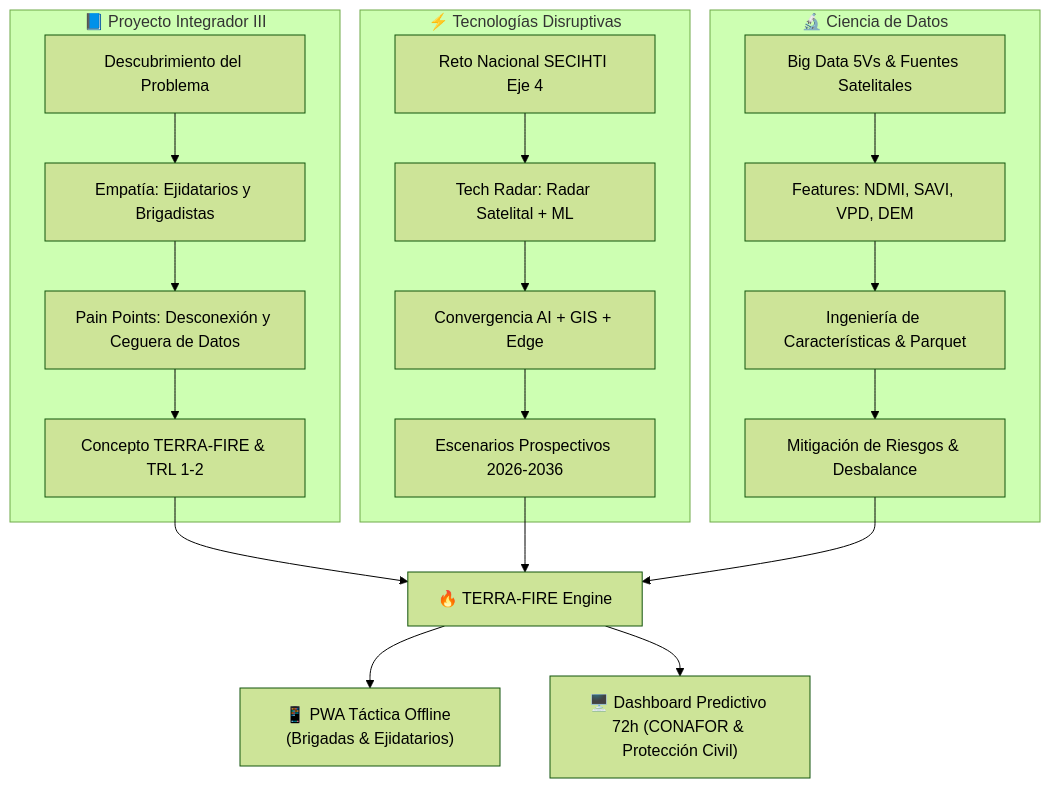
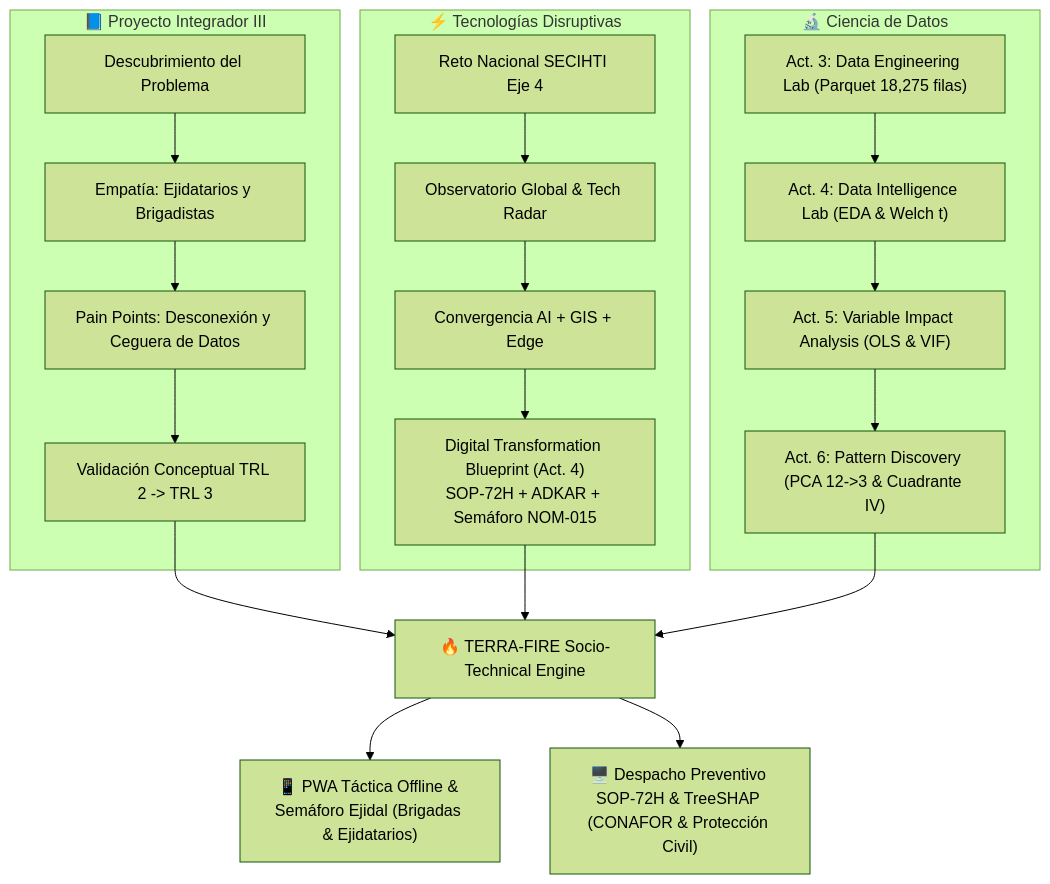
One commit to AngelGTZ28/TerraFire_vault changed the first of 2 diagrams in 00 - Dashboard & Overview/00 - TERRA-FIRE Central Dashboard.md. Above: the diagram before and after it, drawn with Mermaid (forest theme). The commit also changed other lines of this file and 8 other files, not shown here.

````diff
--- a/00 - Dashboard & Overview/00 - TERRA-FIRE Central Dashboard.md
+++ b/00 - Dashboard & Overview/00 - TERRA-FIRE Central Dashboard.md
@@ -43,27 +47,27 @@
 ```mermaid
 flowchart TD
     subgraph PI3["📘 Proyecto Integrador III"]
         P1["Descubrimiento del Problema"] --> P2["Empatía: Ejidatarios y Brigadistas"]
         P2 --> P3["Pain Points: Desconexión y Ceguera de Datos"]
-        P3 --> P4["Concepto TERRA-FIRE & TRL 1-2"]
+        P3 --> P4["Validación Conceptual TRL 2 -> TRL 3"]
     end
 
     subgraph TD["⚡ Tecnologías Disruptivas"]
-        T1["Reto Nacional SECIHTI Eje 4"] --> T2["Tech Radar: Radar Satelital + ML"]
+        T1["Reto Nacional SECIHTI Eje 4"] --> T2["Observatorio Global & Tech Radar"]
         T2 --> T3["Convergencia AI + GIS + Edge"]
-        T3 --> T4["Escenarios Prospectivos 2026-2036"]
+        T3 --> T4["Digital Transformation Blueprint (Act. 4)\nSOP-72H + ADKAR + Semáforo NOM-015"]
     end
 
     subgraph CD["🔬 Ciencia de Datos"]
-        D1["Big Data 5Vs & Fuentes Satelitales"] --> D2["Features: NDMI, SAVI, VPD, DEM"]
-        D2 --> D3["Ingeniería de Características & Parquet"]
-        D3 --> D4["Mitigación de Riesgos & Desbalance"]
+        D1["Act. 3: Data Engineering Lab (Parquet 18,275 filas)"] --> D2["Act. 4: Data Intelligence Lab (EDA & Welch t)"]
+        D2 --> D3["Act. 5: Variable Impact Analysis (OLS & VIF)"]
+        D3 --> D4["Act. 6: Pattern Discovery (PCA 12->3 & Cuadrante IV)"]
     end
 
-    P4 --> TF["🔥 TERRA-FIRE Engine"]
+    P4 --> TF["🔥 TERRA-FIRE Socio-Technical Engine"]
     T4 --> TF
     D4 --> TF
 
-    TF --> OUT1["📱 PWA Táctica Offline (Brigadas & Ejidatarios)"]
-    TF --> OUT2["🖥️ Dashboard Predictivo 72h (CONAFOR & Protección Civil)"]
+    TF --> OUT1["📱 PWA Táctica Offline & Semáforo Ejidal (Brigadas & Ejidatarios)"]
+    TF --> OUT2["🖥️ Despacho Preventivo SOP-72H & TreeSHAP (CONAFOR & Protección Civil)"]
 ```
````
